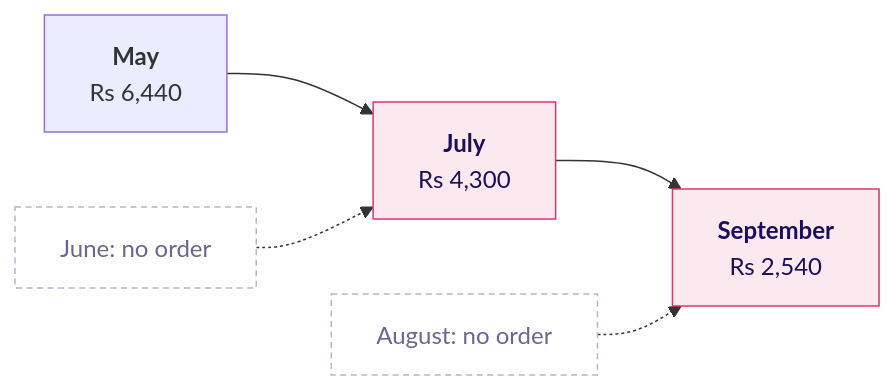
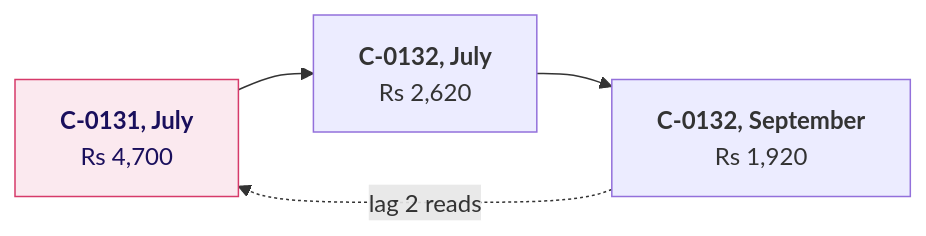
The fourth of 5 diagrams in content/W02/D3/study-notes/C2_W02_D03_notes_STUDENT.md (fde-academy-lab/c2-content-factory), drawn with Mermaid before and after one commit. The commit also changed other lines of this file and 7 other files, not shown here.

````diff
--- a/content/W02/D3/study-notes/C2_W02_D03_notes_STUDENT.md
+++ b/content/W02/D3/study-notes/C2_W02_D03_notes_STUDENT.md
@@ -246,11 +414,8 @@
 ```mermaid
 flowchart LR
-    M["<b>May</b><br/>Rs 6,440"] --> J["<b>July</b><br/>Rs 4,300"]
-    J --> S["<b>September</b><br/>Rs 2,540"]
-    G1["June: no order"] -.-> J
-    G2["August: no order"] -.-> S
+    A["<b>C-0131, July</b><br/>Rs 4,700"] --> B["<b>C-0132, July</b><br/>Rs 2,620"]
+    B --> C["<b>C-0132, September</b><br/>Rs 1,920"]
+    C -.->|"lag 2 reads"| A
     classDef bad fill:#FBE9EF,stroke:#D63A6A,color:#1A0F5C
-    classDef unknown fill:#FFFFFF,stroke:#B8B2D6,color:#6B6690,stroke-dasharray:4 3
-    class J,S bad
-    class G1,G2 unknown
+    class A bad
 ```
````
